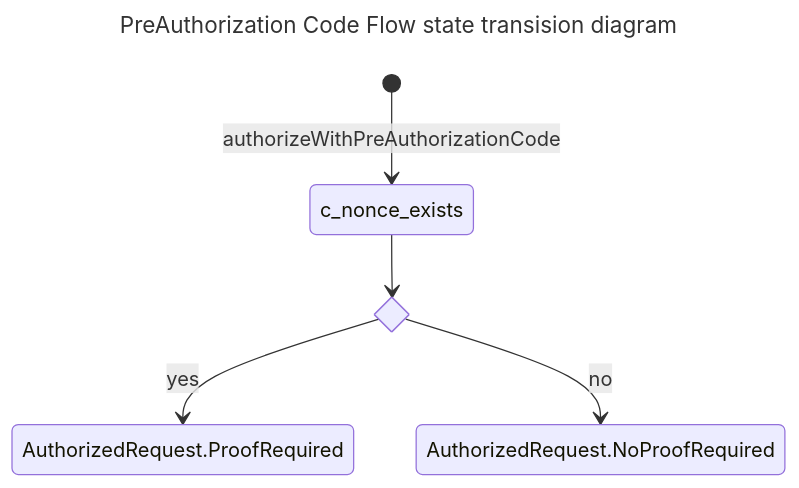
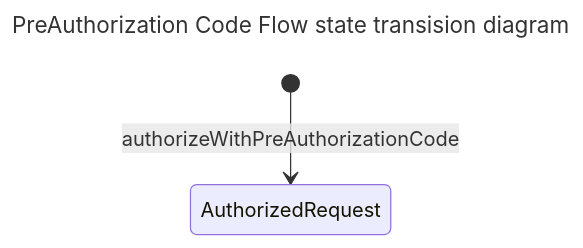
Before and after one commit to eu-digital-identity-wallet/eudi-lib-jvm-openid4vci-kt: the second of 2 diagrams in README.md, drawn with Mermaid. The commit also changed other lines of this file and 41 other files, not shown here.

````diff
--- a/README.md
+++ b/README.md
@@ -264,11 +260,7 @@
-```mermaid 
+```mermaid
 ---
 title: PreAuthorization Code Flow state transision diagram
 ---
 stateDiagram-v2
-    state c_nonce_returned <<choice>>
-    [*] --> c_nonce_exists: authorizeWithPreAuthorizationCode
-    c_nonce_exists --> c_nonce_returned
-    c_nonce_returned --> AuthorizedRequest.ProofRequired : yes
-c_nonce_returned --> AuthorizedRequest.NoProofRequired : no
+    [*] --> AuthorizedRequest: authorizeWithPreAuthorizationCode
 ```
````
